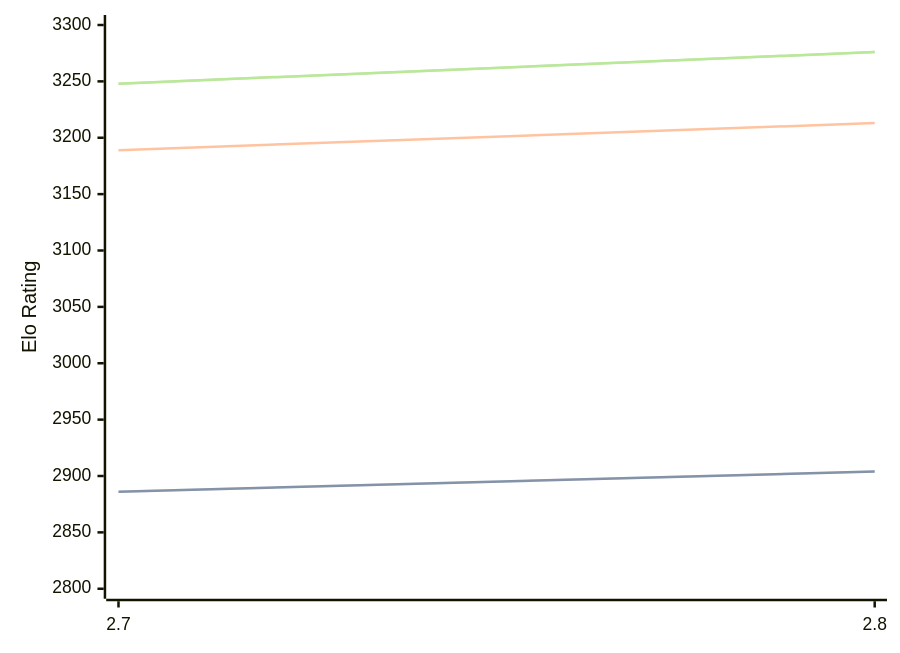
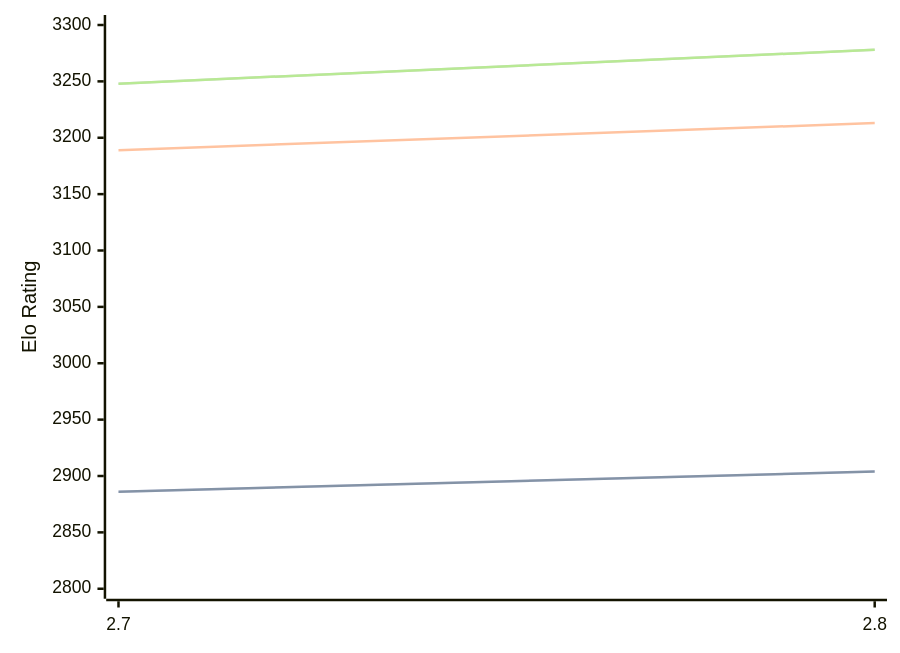
The diagram in engines/Arcanum.md (computer-chess-index/cci), drawn with Mermaid before and after one commit. The commit also changed other lines of this file, not shown here.

Commit message:
Update CCI Ratings (ELO VLTC) - 2026-07-22

````diff
--- a/engines/Arcanum.md
+++ b/engines/Arcanum.md
@@ -44,11 +44,11 @@
 ```mermaid
 %%{init: {"theme":"base","themeVariables":{"seriesColors:['#a3a3a3','#222221','#faa371']}}}%%
 xychart-beta
   x-axis ["2.7", "2.8"]
   y-axis "Elo Rating" 2800 --> 3300
   line "STC (8.0+0.08s)" [2886, 2904]
   line "STC (8.0+0.08s)" [2886, 2904]
   line "LTC (60.0+0.60s)" [3189, 3213]
-  line "VLTC (2m24s+1.12s)" [3248, 3276]
-  line "VLTC (2m24s+1.12s)" [3248, 3276]
+  line "VLTC (2m24s+1.12s)" [3248, 3278]
+  line "VLTC (2m24s+1.12s)" [3248, 3278]
 ```
````
